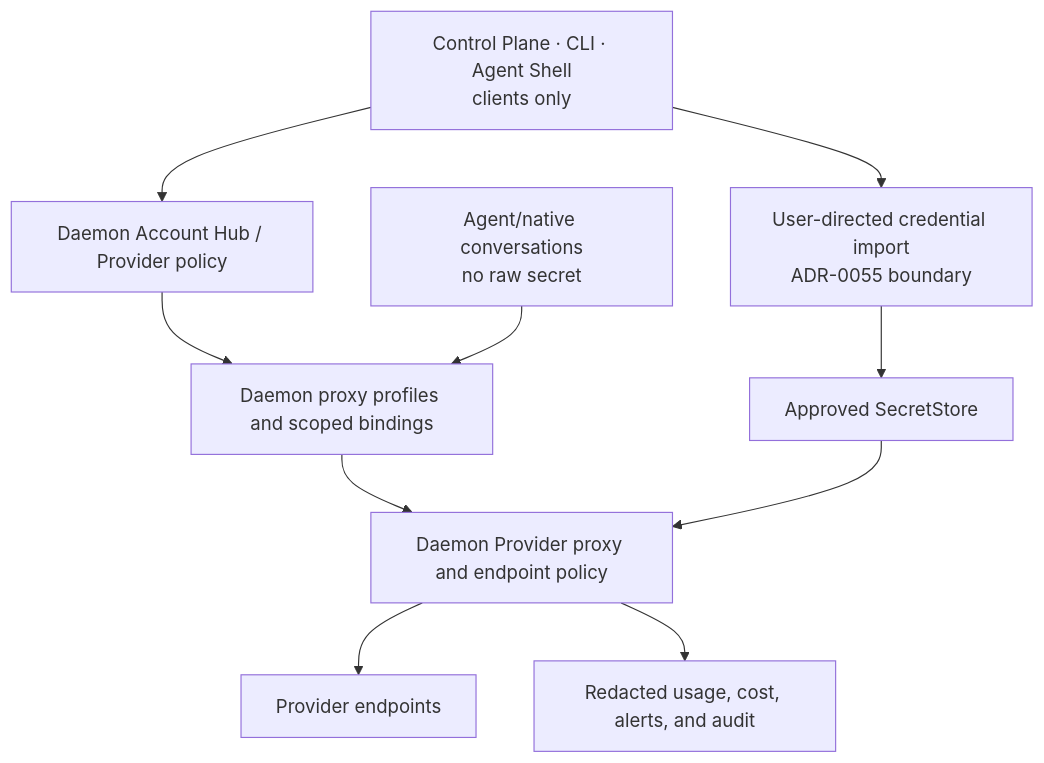
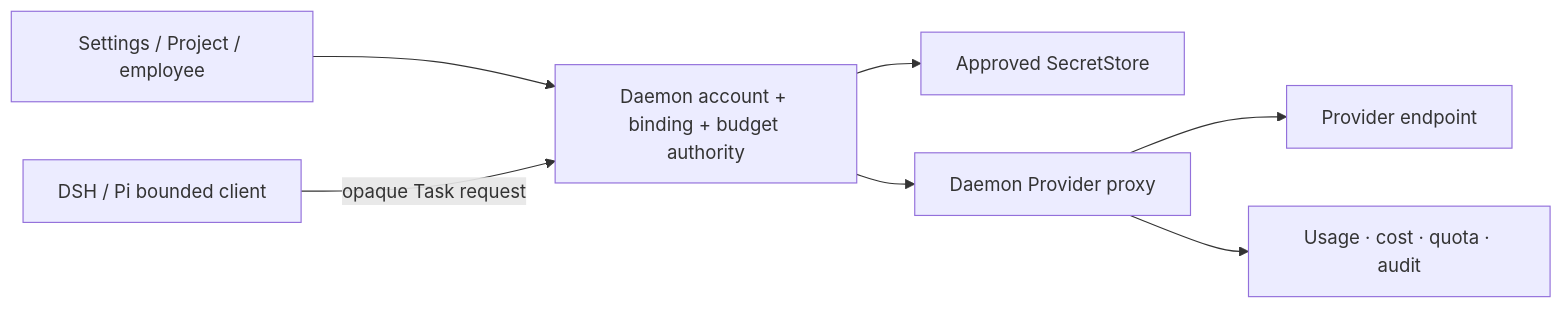
One commit to agentkernel/cognitive-os changed the diagram in personal/docs/architecture/provider-control-plane.md. Above: the diagram before and after it, drawn with Mermaid. The commit also changed other lines of this file and 156 other files, not shown here.

````diff
--- a/personal/docs/architecture/provider-control-plane.md
+++ b/personal/docs/architecture/provider-control-plane.md
@@ -46,22 +19,17 @@
 ```mermaid
-flowchart TB
-  clients["Control Plane · CLI · Agent Shell\nclients only"]
-  accounts["Daemon Account Hub / Provider policy"]
-  importBoundary["User-directed credential import\nADR-0055 boundary"]
-  secretStore["Approved SecretStore"]
-  profiles["Daemon proxy profiles and scoped bindings"]
-  proxy["Daemon Provider proxy and endpoint policy"]
-  providers["Provider endpoints"]
-  ledger["Redacted usage, cost, alerts, and audit"]
-  agents["Agent/native conversations\nno raw secret"]
+flowchart LR
+  client["Settings / Project / employee"]
+  daemon["Daemon account + binding + budget authority"]
+  store["Approved SecretStore"]
+  proxy["Daemon Provider proxy"]
+  runtime["DSH / Pi bounded client"]
+  provider["Provider endpoint"]
+  ledger["Usage · cost · quota · audit"]
 
-  clients --> accounts
-  clients --> importBoundary
-  importBoundary --> secretStore
-  accounts --> profiles
-  profiles --> proxy
-  secretStore --> proxy
-  proxy --> providers
+  client --> daemon
+  daemon --> store
+  daemon --> proxy
+  runtime -->|"opaque Task request"| daemon
+  proxy --> provider
   proxy --> ledger
-  agents --> profiles
 ```
````
